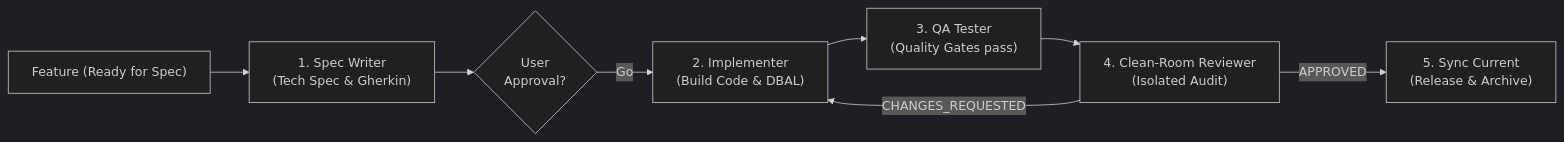
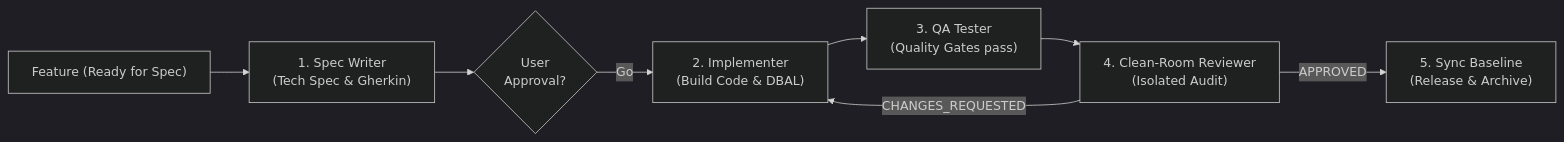
One commit to ngdo-pro/nanko changed the diagram in .agents/plugins/spec-framework/agents/delivery-orchestrator.md. Above: the diagram before and after it, drawn with Mermaid (dark theme). The commit also changed other lines of this file and 63 other files, not shown here.

Commit message:
refactor(specs): rename changes to specs, current to baseline, and sync-current to sync-baseline

````diff
--- a/.agents/plugins/spec-framework/agents/delivery-orchestrator.md
+++ b/.agents/plugins/spec-framework/agents/delivery-orchestrator.md
@@ -11,10 +11,10 @@
 ```mermaid
 flowchart LR
     F["Feature (Ready for Spec)"] --> S["1. Spec Writer<br>(Tech Spec & Gherkin)"]
     S --> V{"User<br>Approval?"}
     V -->|Go| B["2. Implementer<br>(Build Code & DBAL)"]
     B --> Q["3. QA Tester<br>(Quality Gates pass)"]
     Q --> R["4. Clean-Room Reviewer<br>(Isolated Audit)"]
     R -->|CHANGES_REQUESTED| B
-    R -->|APPROVED| C["5. Sync Current<br>(Release & Archive)"]
+    R -->|APPROVED| C["5. Sync Baseline<br>(Release & Archive)"]
 ```
````
